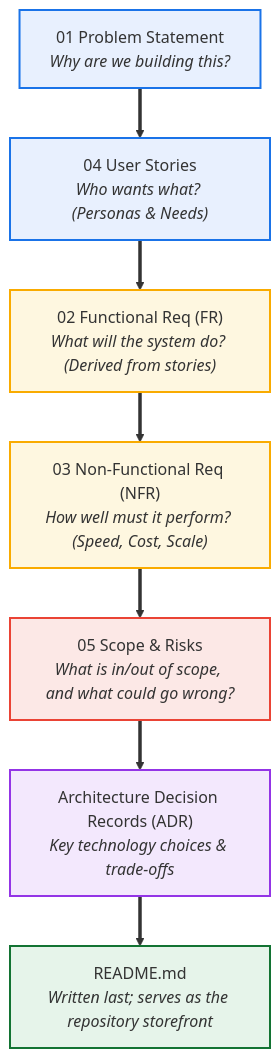
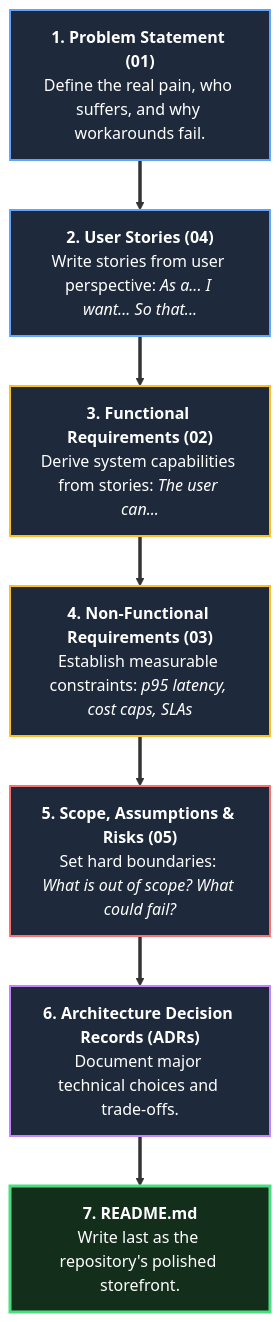
Before and after one commit to awoladhossain/OpsPilot: the sixth of 6 diagrams in docs/00-how-to-write-docs.md, drawn with Mermaid. The commit also changed other lines of this file, not shown here.

Commit message:
docs: redesign Mermaid diagrams with high-contrast colors and vertical layout for readability

````diff
--- a/docs/00-how-to-write-docs.md
+++ b/docs/00-how-to-write-docs.md
@@ -193,25 +211,25 @@
 ```mermaid
 flowchart TD
-  P01["01 Problem Statement<br><i>Why are we building this?</i>"]
-  P04["04 User Stories<br><i>Who wants what? (Personas & Needs)</i>"]
-  P02["02 Functional Req (FR)<br><i>What will the system do? (Derived from stories)</i>"]
-  P03["03 Non-Functional Req (NFR)<br><i>How well must it perform? (Speed, Cost, Scale)</i>"]
-  P05["05 Scope & Risks<br><i>What is in/out of scope, and what could go wrong?</i>"]
-  PADR["Architecture Decision Records (ADR)<br><i>Key technology choices & trade-offs</i>"]
-  PREADME["README.md<br><i>Written last; serves as the repository storefront</i>"]
+  P01["<b>1. Problem Statement (01)</b><br/>Define the real pain, who suffers, and why workarounds fail."]
+  P04["<b>2. User Stories (04)</b><br/>Write stories from user perspective: <i>As a... I want... So that...</i>"]
+  P02["<b>3. Functional Requirements (02)</b><br/>Derive system capabilities from stories: <i>The user can...</i>"]
+  P03["<b>4. Non-Functional Requirements (03)</b><br/>Establish measurable constraints: <i>p95 latency, cost caps, SLAs</i>"]
+  P05["<b>5. Scope, Assumptions & Risks (05)</b><br/>Set hard boundaries: <i>What is out of scope? What could fail?</i>"]
+  PADR["<b>6. Architecture Decision Records (ADRs)</b><br/>Document major technical choices and trade-offs."]
+  PREADME["<b>7. README.md</b><br/>Write last as the repository's polished storefront."]
 
   P01 ==> P04
   P04 ==> P02
   P02 ==> P03
   P03 ==> P05
   P05 ==> PADR
   PADR ==> PREADME
 
-  style P01 fill:#e8f0fe,stroke:#1a73e8,stroke-width:2px
-  style P04 fill:#e8f0fe,stroke:#1a73e8,stroke-width:2px
-  style P02 fill:#fef7e0,stroke:#f9ab00,stroke-width:2px
-  style P03 fill:#fef7e0,stroke:#f9ab00,stroke-width:2px
-  style P05 fill:#fce8e6,stroke:#ea4335,stroke-width:2px
-  style PADR fill:#f3e8fd,stroke:#9334e6,stroke-width:2px
-  style PREADME fill:#e6f4ea,stroke:#137333,stroke-width:2px
+  style P01 fill:#1e293b,stroke:#60a5fa,stroke-width:2px,color:#ffffff
+  style P04 fill:#1e293b,stroke:#60a5fa,stroke-width:2px,color:#ffffff
+  style P02 fill:#1e293b,stroke:#fbbf24,stroke-width:2px,color:#ffffff
+  style P03 fill:#1e293b,stroke:#fbbf24,stroke-width:2px,color:#ffffff
+  style P05 fill:#1e293b,stroke:#f87171,stroke-width:2px,color:#ffffff
+  style PADR fill:#1e293b,stroke:#c084fc,stroke-width:2px,color:#ffffff
+  style PREADME fill:#132e1b,stroke:#4ade80,stroke-width:3px,color:#ffffff
 ```
````
